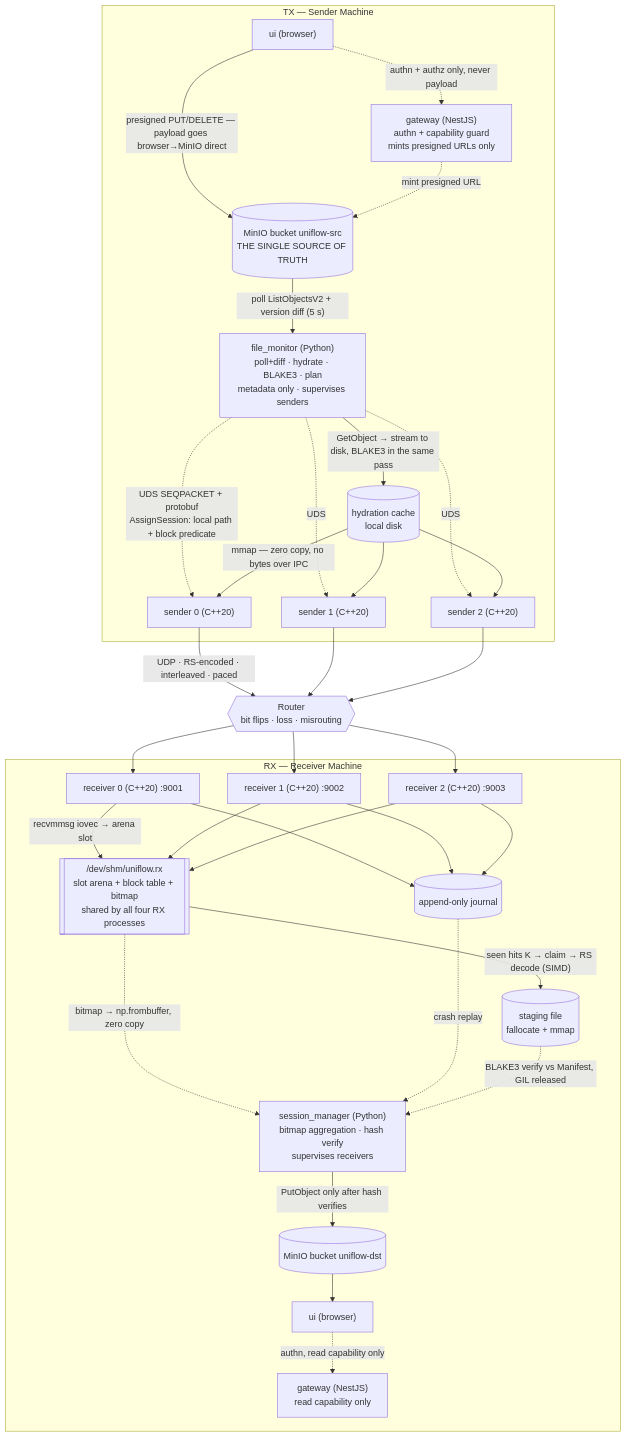
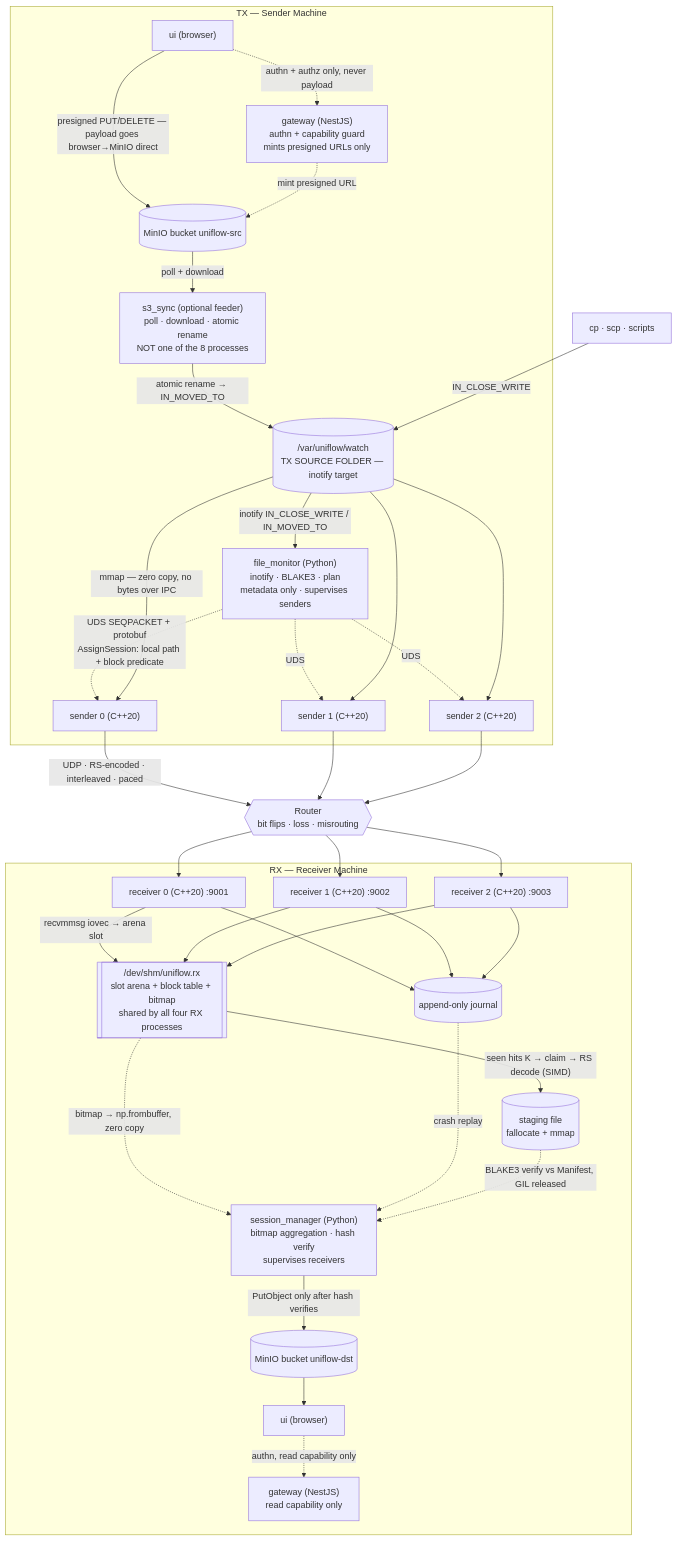
The first of 2 diagrams in profile/README.md (1400-nexus/.github), drawn with Mermaid before and after one commit. The commit also changed other lines of this file, not shown here.

````diff
--- a/profile/README.md
+++ b/profile/README.md
@@ -264,62 +309,65 @@
 ```mermaid
 flowchart TB
   subgraph TX["TX — Sender Machine"]
     UI["ui (browser)"]
     GW["gateway (NestJS)<br/>authn + capability guard<br/>mints presigned URLs only"]
-    WD[("MinIO bucket uniflow-src<br/>THE SINGLE SOURCE OF TRUTH")]
-    HYD[("hydration cache<br/>local disk")]
-    FM["file_monitor (Python)<br/>poll+diff · hydrate · BLAKE3 · plan<br/>metadata only · supervises senders"]
+    WD[("MinIO bucket uniflow-src")]
+    SY["s3_sync (optional feeder)<br/>poll · download · atomic rename<br/>NOT one of the 8 processes"]
+    HYD[("/var/uniflow/watch<br/>TX SOURCE FOLDER — inotify target")]
+    FM["file_monitor (Python)<br/>inotify · BLAKE3 · plan<br/>metadata only · supervises senders"]
     S0["sender 0 (C++20)"]
     S1["sender 1 (C++20)"]
     S2["sender 2 (C++20)"]
   end
 
   R{{"Router<br/>bit flips · loss · misrouting"}}
 
   subgraph RX["RX — Receiver Machine"]
     R0["receiver 0 (C++20) :9001"]
     R1["receiver 1 (C++20) :9002"]
     R2["receiver 2 (C++20) :9003"]
     ARENA[["/dev/shm/uniflow.rx<br/>slot arena + block table + bitmap<br/>shared by all four RX processes"]]
     DST[("staging file<br/>fallocate + mmap")]
     WAL[("append-only journal")]
     SM["session_manager (Python)<br/>bitmap aggregation · hash verify<br/>supervises receivers"]
     DB[("MinIO bucket uniflow-dst")]
     GW2["gateway (NestJS)<br/>read capability only"]
     UI2["ui (browser)"]
   end
 
   UI -->|"presigned PUT/DELETE — payload goes browser→MinIO direct"| WD
   UI -.->|"authn + authz only, never payload"| GW
   GW -.->|"mint presigned URL"| WD
-  WD -->|"poll ListObjectsV2 + version diff (5 s)"| FM
-  FM -->|"GetObject → stream to disk, BLAKE3 in the same pass"| HYD
+  WD -->|"poll + download"| SY
+  SY -->|"atomic rename → IN_MOVED_TO"| HYD
+  HYD -->|"inotify IN_CLOSE_WRITE / IN_MOVED_TO"| FM
+  CP["cp · scp · scripts"] -->|"IN_CLOSE_WRITE"| HYD
   FM -.->|"UDS SEQPACKET + protobuf<br/>AssignSession: local path + block predicate"| S0
   FM -.->|UDS| S1
   FM -.->|UDS| S2
   HYD -->|"mmap — zero copy, no bytes over IPC"| S0
   HYD --> S1
   HYD --> S2
 
   S0 -->|"UDP · RS-encoded · interleaved · paced"| R
   S1 --> R
   S2 --> R
 
   R --> R0
   R --> R1
   R --> R2
 
   R0 -->|"recvmmsg iovec → arena slot"| ARENA
   R1 --> ARENA
   R2 --> ARENA
   ARENA -->|"seen hits K → claim → RS decode (SIMD)"| DST
   R0 --> WAL
   R1 --> WAL
   R2 --> WAL
   ARENA -.->|"bitmap → np.frombuffer, zero copy"| SM
   WAL -.->|"crash replay"| SM
   DST -.->|"BLAKE3 verify vs Manifest, GIL released"| SM
   SM -->|"PutObject only after hash verifies"| DB
   DB --> UI2
   UI2 -.->|"authn, read capability only"| GW2
 ```
````
